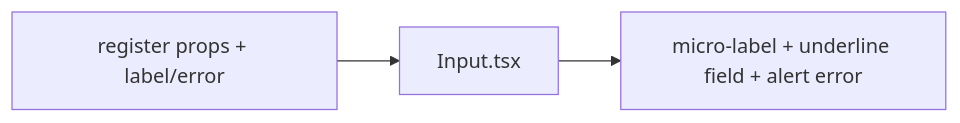
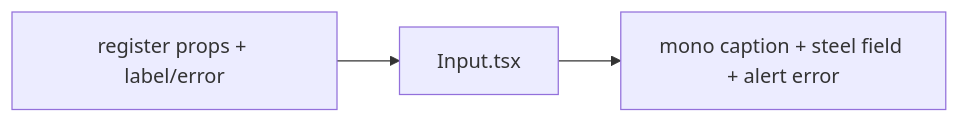
One commit to AzamatRaimbekov2/openCreate changed the diagram in apps/web/src/shared/ui/Input.tsx.md. Above: the diagram before and after it, drawn with Mermaid. The commit also changed other lines of this file and 99 other files, not shown here.

````diff
--- a/apps/web/src/shared/ui/Input.tsx.md
+++ b/apps/web/src/shared/ui/Input.tsx.md
@@ -19,4 +19,4 @@
 ```mermaid
 flowchart LR
-  RHF[register props + label/error] --> I[Input.tsx] --> OUT[micro-label + underline field + alert error]
+  RHF[register props + label/error] --> I[Input.tsx] --> OUT[mono caption + steel field + alert error]
 ```
````
